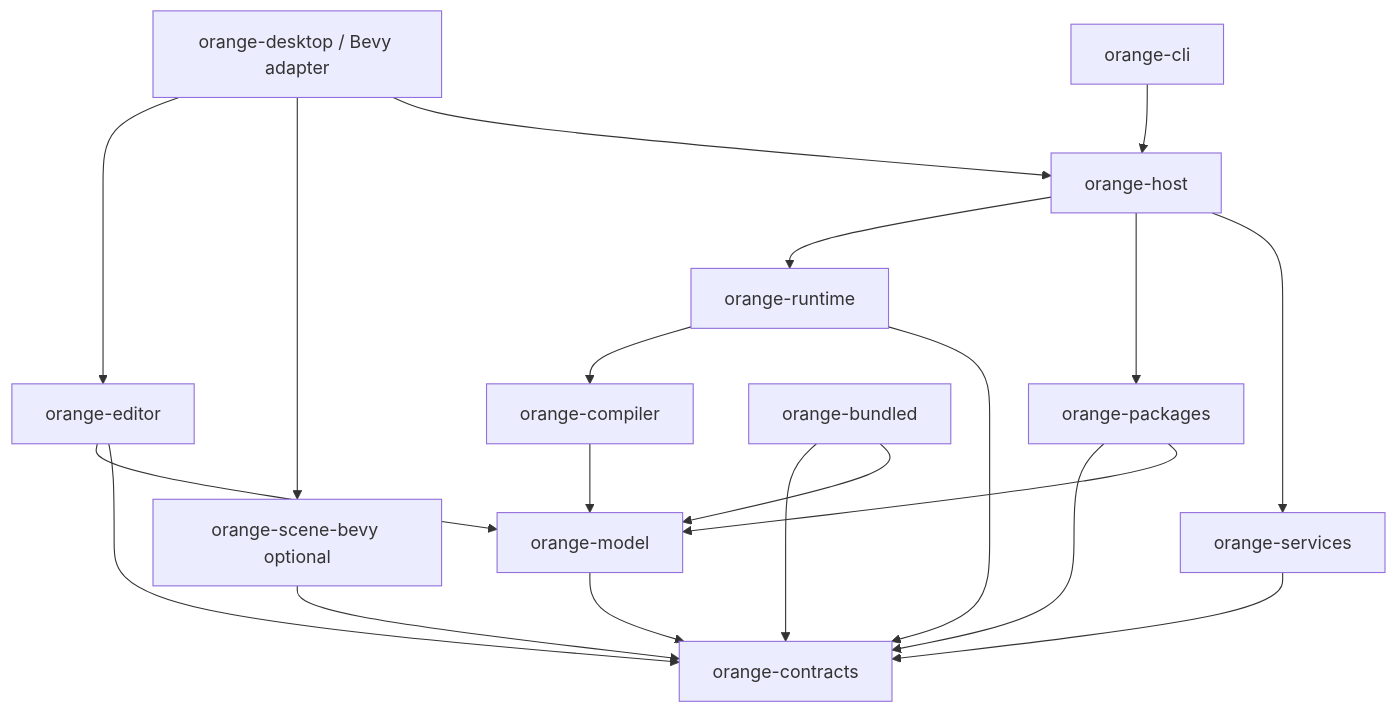
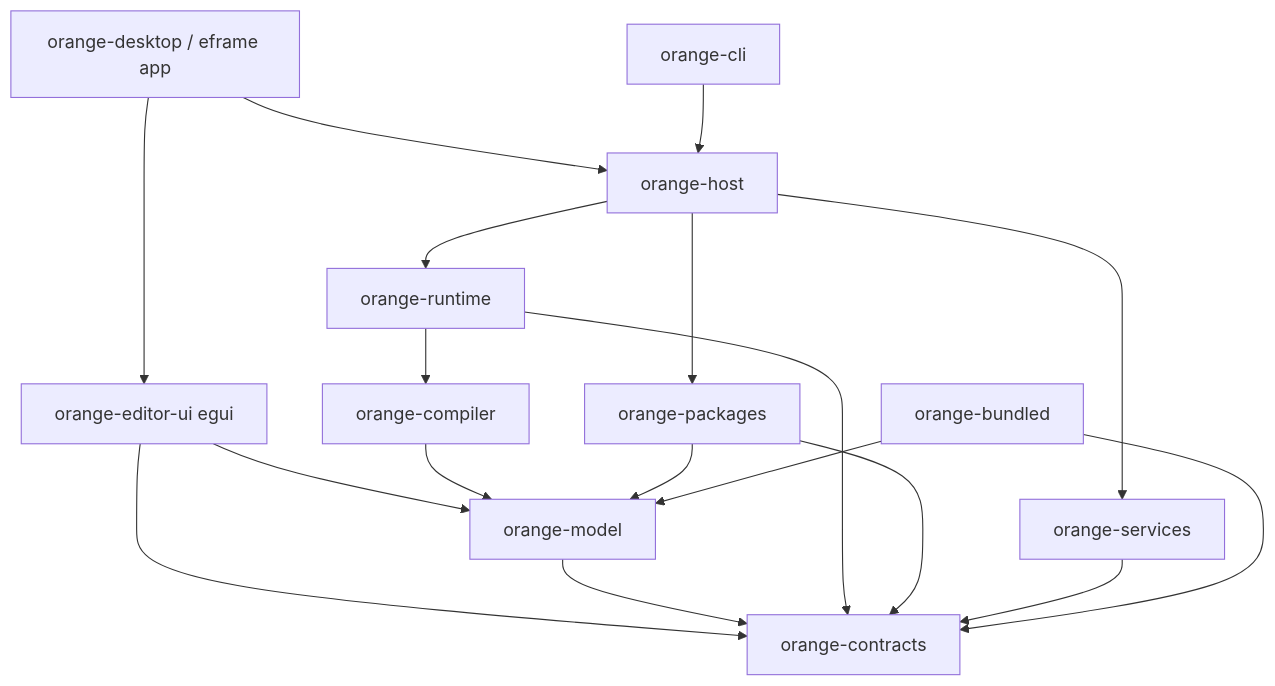
Before and after one commit to erinmel/OrangeEditor: the first of 2 diagrams in docs/02-architecture.md, drawn with Mermaid. The commit also changed other lines of this file and 74 other files, not shown here.

````diff
--- a/docs/02-architecture.md
+++ b/docs/02-architecture.md
@@ -7,22 +7,20 @@
 ```mermaid
 flowchart TD
-  desktop[orange-desktop / Bevy adapter] --> editor[orange-editor]
-  desktop --> scene[orange-scene-bevy optional]
+  desktop[orange-desktop / eframe app] --> editor[orange-editor-ui egui]
   desktop --> host[orange-host]
   headless[orange-cli] --> host
   editor --> model[orange-model]
   editor --> api[orange-contracts]
   model --> api
   host --> runtime[orange-runtime]
   host --> packages[orange-packages]
   host --> services[orange-services]
   runtime --> compiler[orange-compiler]
   compiler --> model
   runtime --> api
   packages --> api
   packages --> model
   services --> api
-  scene --> api
   bundled[orange-bundled] --> api
   bundled --> model
 ```
````
